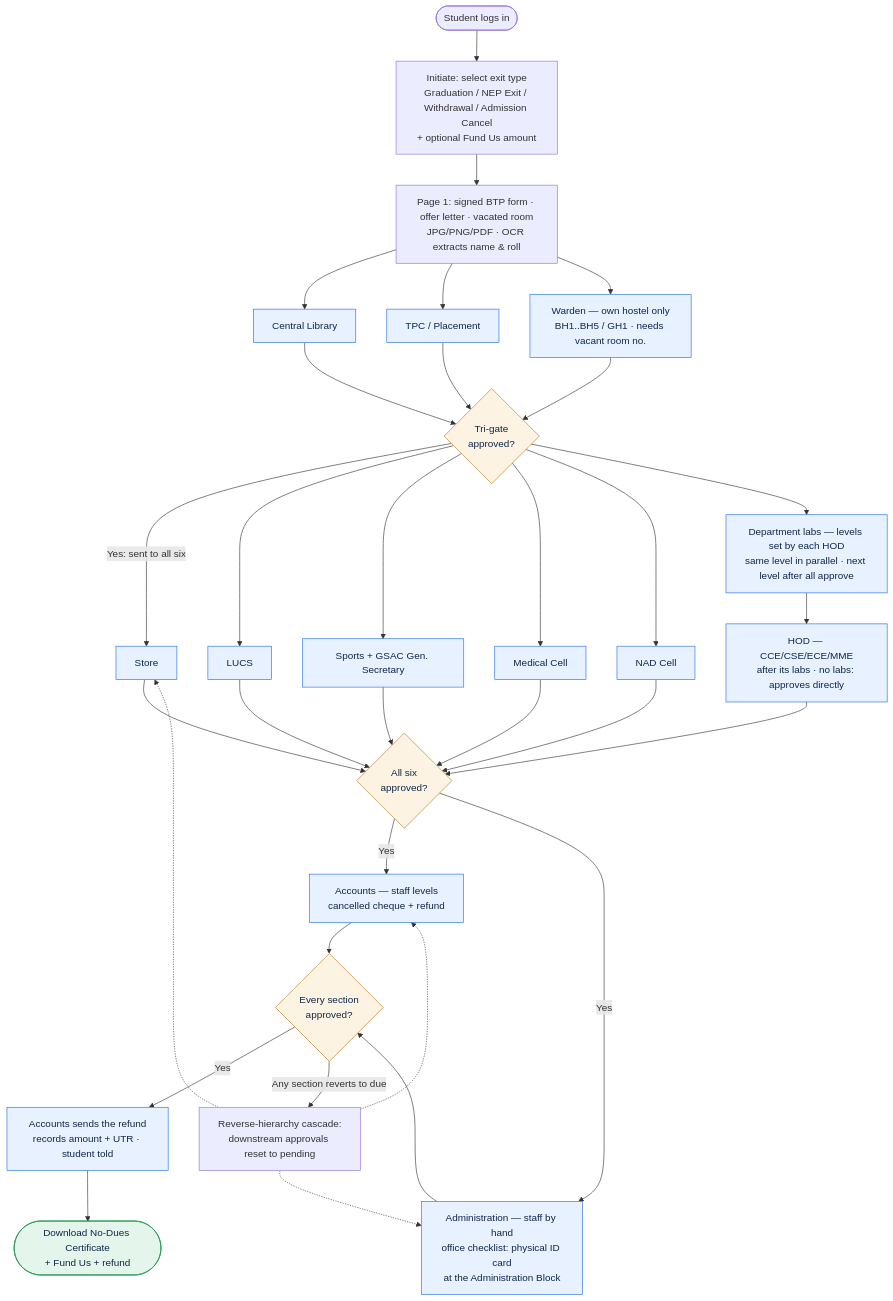
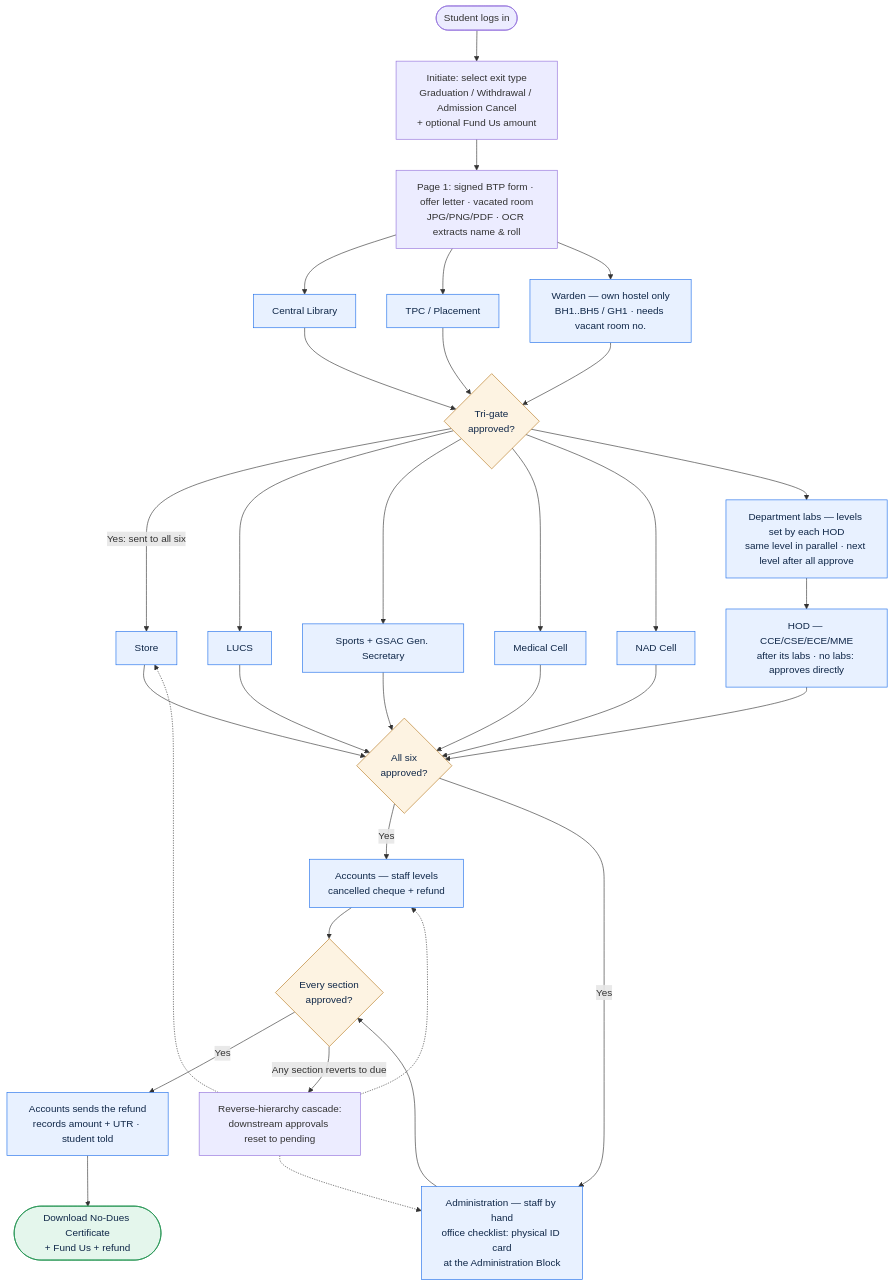
Before and after one commit to manashatwar/LNMIIT-NO-DUES-PORTAL: the first of 6 diagrams in docs/DESIGN.md, drawn with Mermaid. The commit also changed other lines of this file, not shown here.

````diff
--- a/docs/DESIGN.md
+++ b/docs/DESIGN.md
@@ -33,46 +33,46 @@
 ```mermaid
 flowchart TD
-    A([Student logs in]) --> B[Initiate: select exit type<br/>Graduation / NEP Exit / Withdrawal / Admission Cancel<br/>+ optional Fund Us amount]
+    A([Student logs in]) --> B[Initiate: select exit type<br/>Graduation / Withdrawal / Admission Cancel<br/>+ optional Fund Us amount]
     B --> C[Page 1: signed BTP form · offer letter · vacated room<br/>JPG/PNG/PDF · OCR extracts name & roll]
 
     C --> LIB[Central Library]
     C --> TPC[TPC / Placement]
     C --> WAR[Warden — own hostel only<br/>BH1..BH5 / GH1 · needs vacant room no.]
     LIB --> TG{Tri-gate<br/>approved?}
     TPC --> TG
     WAR --> TG
 
     TG -->|Yes: sent to all six| STO[Store]
     TG --> LUCS[LUCS]
     TG --> SPO[Sports + GSAC Gen. Secretary]
     TG --> MED[Medical Cell]
     TG --> NAD[NAD Cell]
     TG --> LABS[Department labs — levels set by each HOD<br/>same level in parallel · next level after all approve]
     LABS --> HOD[HOD — CCE/CSE/ECE/MME<br/>after its labs · no labs: approves directly]
 
     STO --> DEP{All six<br/>approved?}
     LUCS --> DEP
     SPO --> DEP
     MED --> DEP
     NAD --> DEP
     HOD --> DEP
 
     DEP -->|Yes| ACC[Accounts — staff levels<br/>cancelled cheque + refund]
     DEP -->|Yes| ADM[Administration — staff by hand<br/>office checklist: physical ID card<br/>at the Administration Block]
 
     ACC --> ALL{Every section<br/>approved?}
     ADM --> ALL
     ALL -->|Yes| REF[Accounts sends the refund<br/>records amount + UTR · student told]
     REF --> CERT([Download No-Dues Certificate<br/>+ Fund Us + refund])
     ALL -->|Any section reverts to due| RC[Reverse-hierarchy cascade:<br/>downstream approvals reset to pending]
     RC -.-> STO
     RC -.-> ACC
     RC -.-> ADM
 
     classDef sec fill:#e8f1ff,stroke:#1f6feb,color:#0f2748;
     classDef gate fill:#fdf3e2,stroke:#b7791f,color:#0f2748;
     classDef done fill:#e4f6ec,stroke:#1a8f4c,color:#0f2748;
     class LIB,TPC,WAR,STO,LUCS,SPO,MED,NAD,LABS,HOD,ACC,ADM,REF sec;
     class TG,DEP,ALL gate;
     class CERT done;
 ```
````
